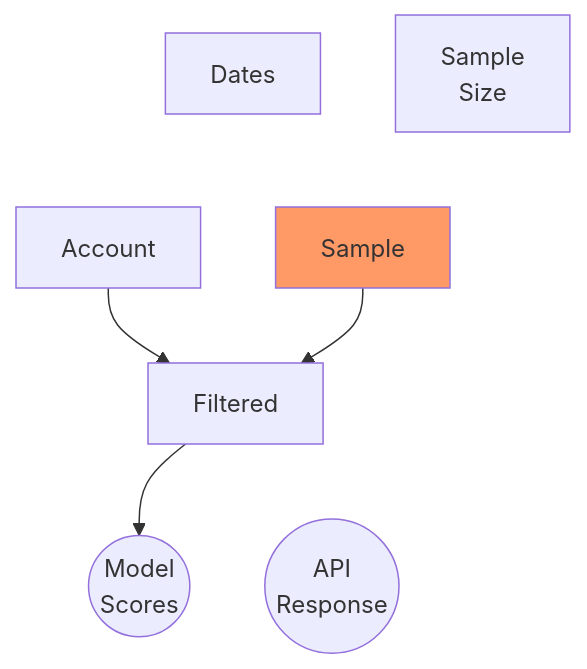
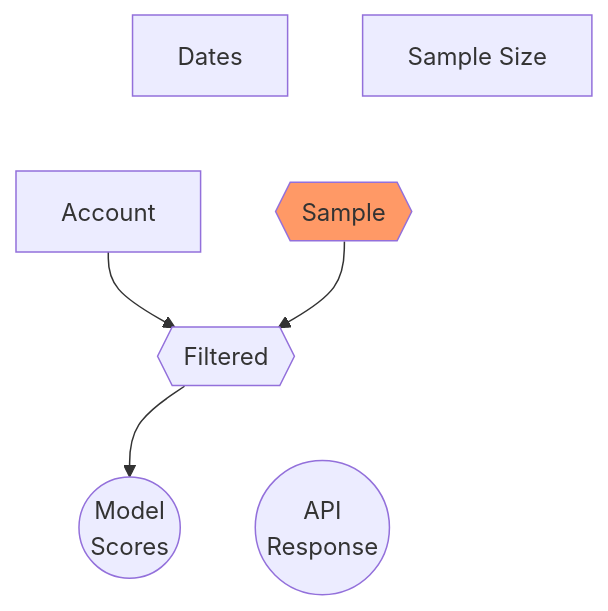
Before and after one commit to gshotwell/shiny-algorithm: the fifth of 16 diagrams in _reactive-calc.qmd, drawn with Mermaid. The commit also changed other lines of this file, not shown here.

````diff
--- a/_reactive-calc.qmd
+++ b/_reactive-calc.qmd
@@ -64,13 +64,13 @@
 ```{mermaid}
 %%| fig-width: 4
 flowchart TD
-  D[Dates] --> Sa[Sample]:::changed 
-  S[Sample\nSize] --> Sa
+  D[Dates] --> Sa{{Sample}}:::changed 
+  S[Sample Size] --> Sa
   A[Account] --> F
-  Sa --> F[Filtered]
+  Sa --> F{{Filtered}}
   F --> P2((Model\nScores))
   F --> P1((API\nResponse))
   
   classDef changed fill:#f96
   linkStyle 0,1,5 display:none
 ```
````
